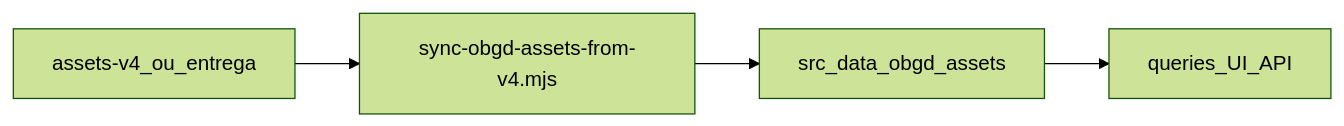
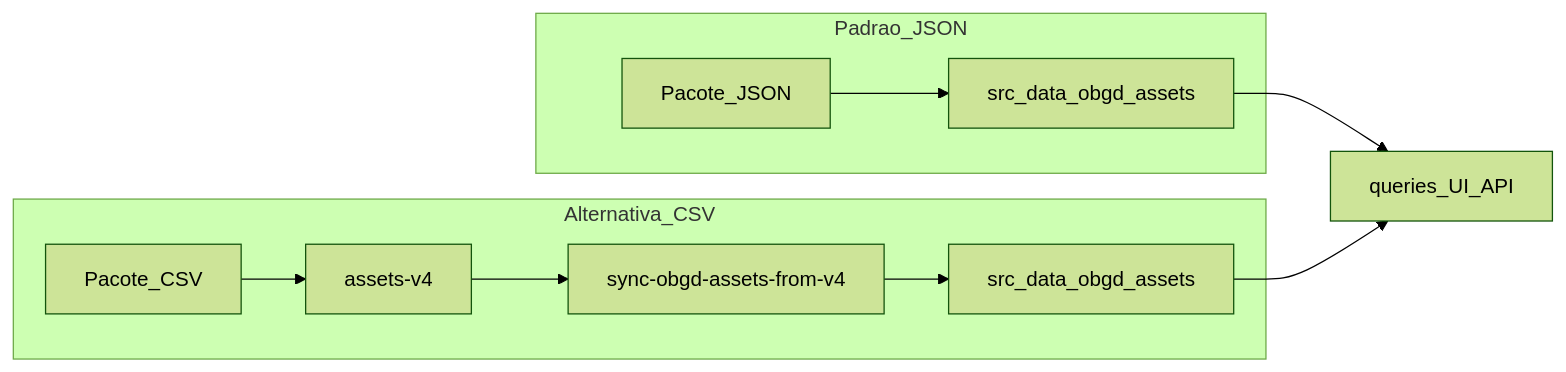
Before and after one commit to obsgovdigital/observatorio-gov-digital: the diagram in docs/03-dados/pipeline-obgd.md, drawn with Mermaid (forest theme). The commit also changed other lines of this file and 12 other files, not shown here.

````diff
--- a/docs/03-dados/pipeline-obgd.md
+++ b/docs/03-dados/pipeline-obgd.md
@@ -18,11 +23,13 @@
 ```mermaid
 flowchart LR
-  Entrega["assets-v4_ou_entrega"]
-  Sync["sync-obgd-assets-from-v4.mjs"]
-  Assets["src_data_obgd_assets"]
-  App["queries_UI_API"]
-
-  Entrega --> Sync
-  Sync --> Assets
-  Assets --> App
+  subgraph padrao [Padrao_JSON]
+    J[Pacote_JSON] --> Assets1[src_data_obgd_assets]
+  end
+  subgraph alt [Alternativa_CSV]
+    C[Pacote_CSV] --> V4[assets-v4]
+    V4 --> Sync[sync-obgd-assets-from-v4]
+    Sync --> Assets2[src_data_obgd_assets]
+  end
+  Assets1 --> App[queries_UI_API]
+  Assets2 --> App
 ```
````
